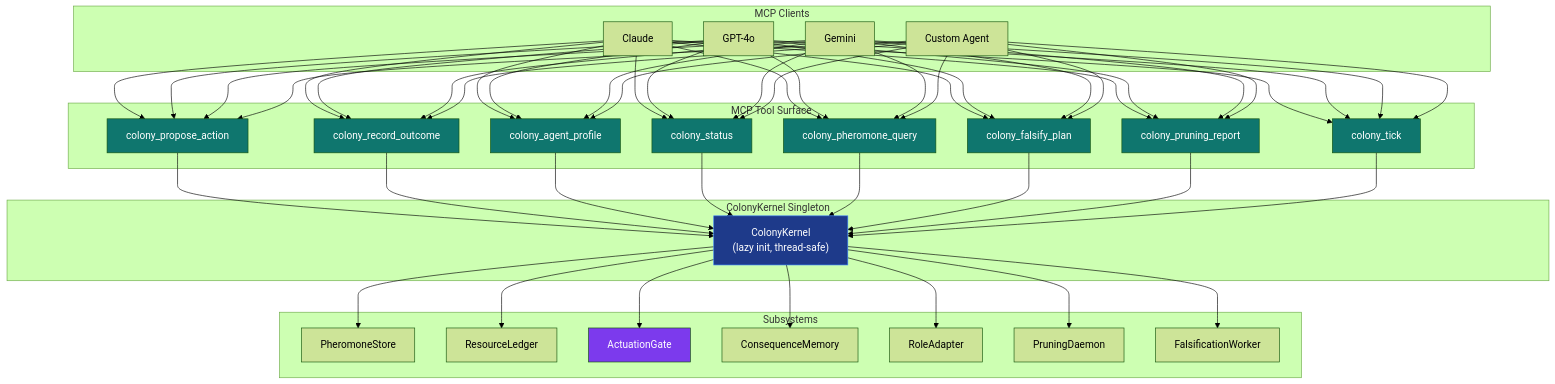
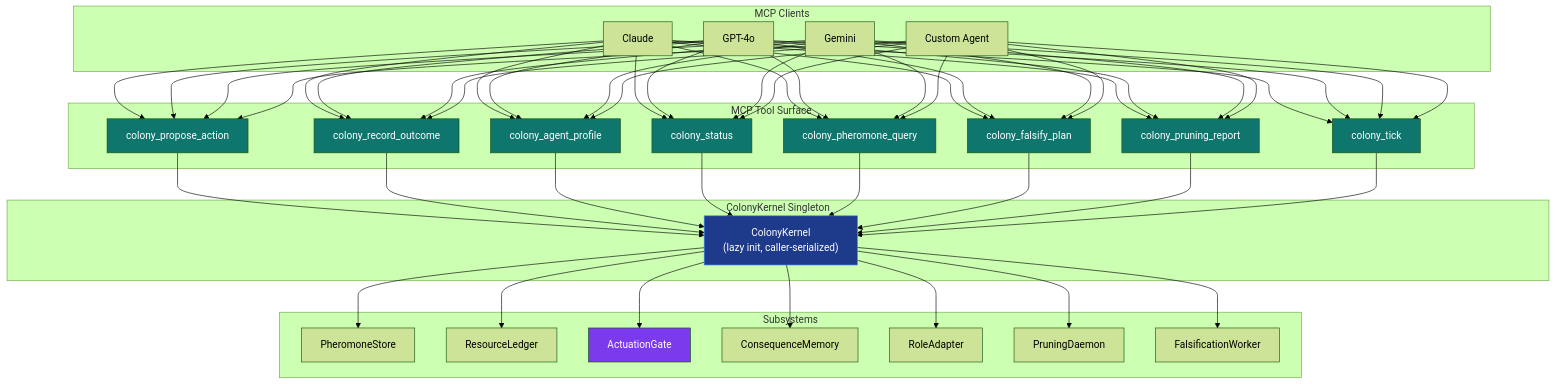
Before and after one commit to docxology/codomyrmex: the diagram in src/codomyrmex/colony_kernel/MCP_TOOL_SPECIFICATION.md, drawn with Mermaid (forest theme). The commit also changed 287 other files, not shown here.

````diff
--- a/src/codomyrmex/colony_kernel/MCP_TOOL_SPECIFICATION.md
+++ b/src/codomyrmex/colony_kernel/MCP_TOOL_SPECIFICATION.md
@@ -7,49 +7,49 @@
 ```mermaid
 graph TD
     subgraph clients["MCP Clients"]
         C1["Claude"]
         C2["GPT-4o"]
         C3["Gemini"]
         C4["Custom Agent"]
     end
 
     subgraph mcp["MCP Tool Surface"]
         T1["colony_propose_action"]
         T2["colony_record_outcome"]
         T3["colony_agent_profile"]
         T4["colony_status"]
         T5["colony_pheromone_query"]
         T6["colony_falsify_plan"]
         T7["colony_pruning_report"]
         T8["colony_tick"]
     end
 
     subgraph kernel["ColonyKernel Singleton"]
-        CK["ColonyKernel<br/>(lazy init, thread-safe)"]
+        CK["ColonyKernel<br/>(lazy init, caller-serialized)"]
     end
 
     subgraph subsystems["Subsystems"]
         PS["PheromoneStore"]
         RL["ResourceLedger"]
         AG["ActuationGate"]
         CM["ConsequenceMemory"]
         RA["RoleAdapter"]
         PD["PruningDaemon"]
         FW["FalsificationWorker"]
     end
 
     C1 & C2 & C3 & C4 --> T1 & T2 & T3 & T4 & T5 & T6 & T7 & T8
     T1 & T2 & T3 & T4 & T5 & T6 & T7 & T8 --> CK
     CK --> PS & RL & AG & CM & RA & PD & FW
 
     style CK fill:#1e3a8a,color:#fff,stroke:#3b82f6
     style AG fill:#7c3aed,color:#fff
     style T1 fill:#0f766e,color:#fff
     style T2 fill:#0f766e,color:#fff
     style T3 fill:#0f766e,color:#fff
     style T4 fill:#0f766e,color:#fff
     style T5 fill:#0f766e,color:#fff
     style T6 fill:#0f766e,color:#fff
     style T7 fill:#0f766e,color:#fff
     style T8 fill:#0f766e,color:#fff
 ```
````
